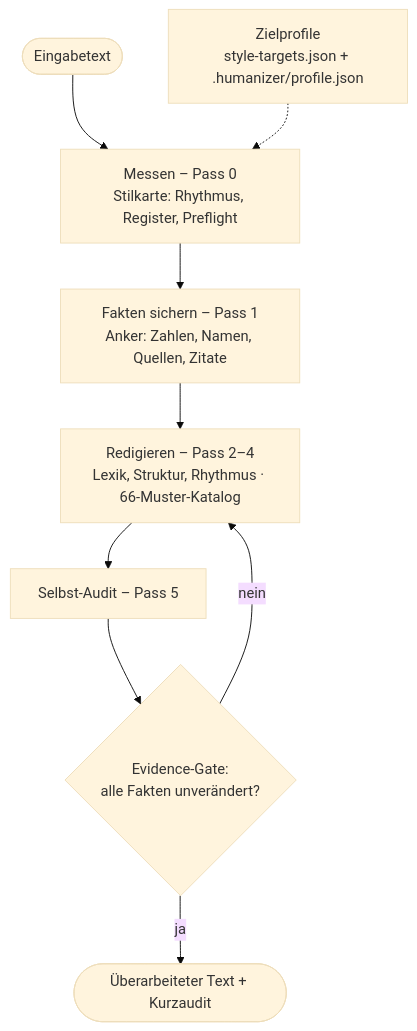
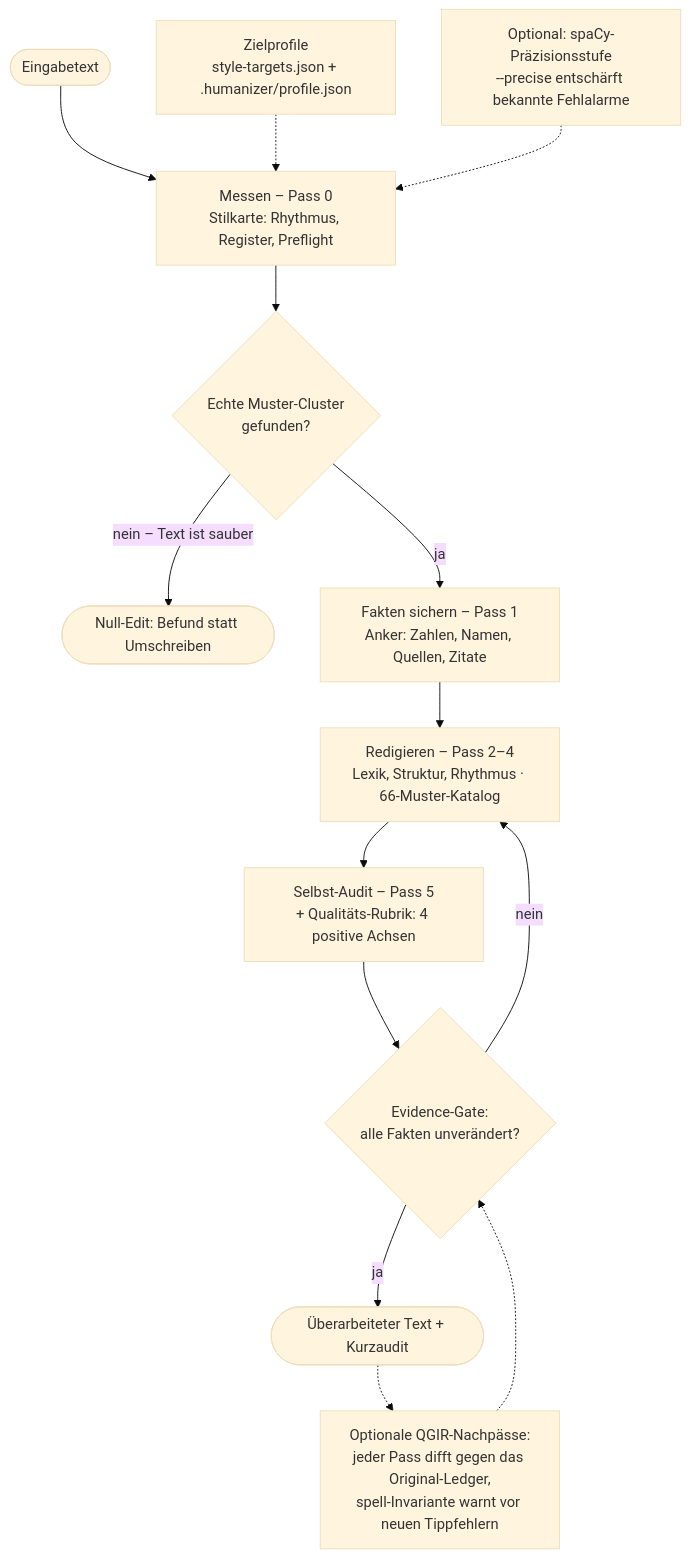
The diagram in README.md (marmbiz/humanizer-de), drawn with Mermaid (base theme) before and after one commit. The commit also changed other lines of this file, not shown here.

Commit message:
docs: simplify readme intro and update workflow diagram to v5.5.0 state

````diff
--- a/README.md
+++ b/README.md
@@ -68,11 +62,16 @@
 ```mermaid
 flowchart TD
     T([Eingabetext]) --> M["Messen – Pass 0<br/>Stilkarte: Rhythmus, Register, Preflight"]
     Z["Zielprofile<br/>style-targets.json + .humanizer/profile.json"] -.-> M
-    M --> E["Fakten sichern – Pass 1<br/>Anker: Zahlen, Namen, Quellen, Zitate"]
+    P["Optional: spaCy-Präzisionsstufe<br/>--precise entschärft bekannte Fehlalarme"] -.-> M
+    M --> C{"Echte Muster-Cluster<br/>gefunden?"}
+    C -- "nein – Text ist sauber" --> N([Null-Edit: Befund statt Umschreiben])
+    C -- ja --> E["Fakten sichern – Pass 1<br/>Anker: Zahlen, Namen, Quellen, Zitate"]
     E --> R["Redigieren – Pass 2–4<br/>Lexik, Struktur, Rhythmus · 66-Muster-Katalog"]
-    R --> A["Selbst-Audit – Pass 5"]
+    R --> A["Selbst-Audit – Pass 5<br/>+ Qualitäts-Rubrik: 4 positive Achsen"]
     A --> G{"Evidence-Gate:<br/>alle Fakten unverändert?"}
     G -- ja --> O([Überarbeiteter Text + Kurzaudit])
     G -- nein --> R
+    O -.-> Q["Optionale QGIR-Nachpässe:<br/>jeder Pass difft gegen das Original-Ledger,<br/>spell-Invariante warnt vor neuen Tippfehlern"]
+    Q -.-> G
 ```
````
